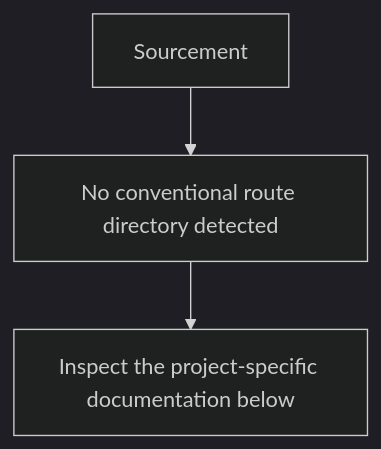
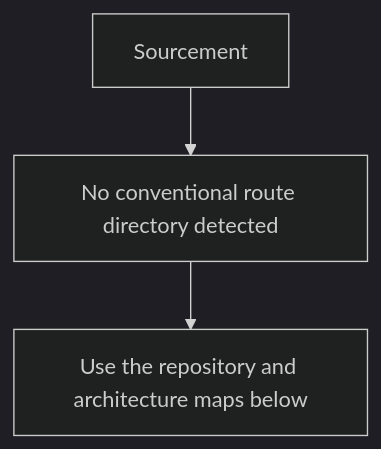
Before and after one commit to Nischhalsubba/Sourcement: the second of 5 diagrams in README.md, drawn with Mermaid (dark theme). The commit also changed other lines of this file, not shown here.

````diff
--- a/README.md
+++ b/README.md
@@ -46,6 +79,6 @@
 ```mermaid
 flowchart TD
     APP["Sourcement"]
     APP --> SOURCE["No conventional route directory detected"]
-    SOURCE --> VERIFY["Inspect the project-specific documentation below"]
+    SOURCE --> GUIDE["Use the repository and architecture maps below"]
 ```
````
